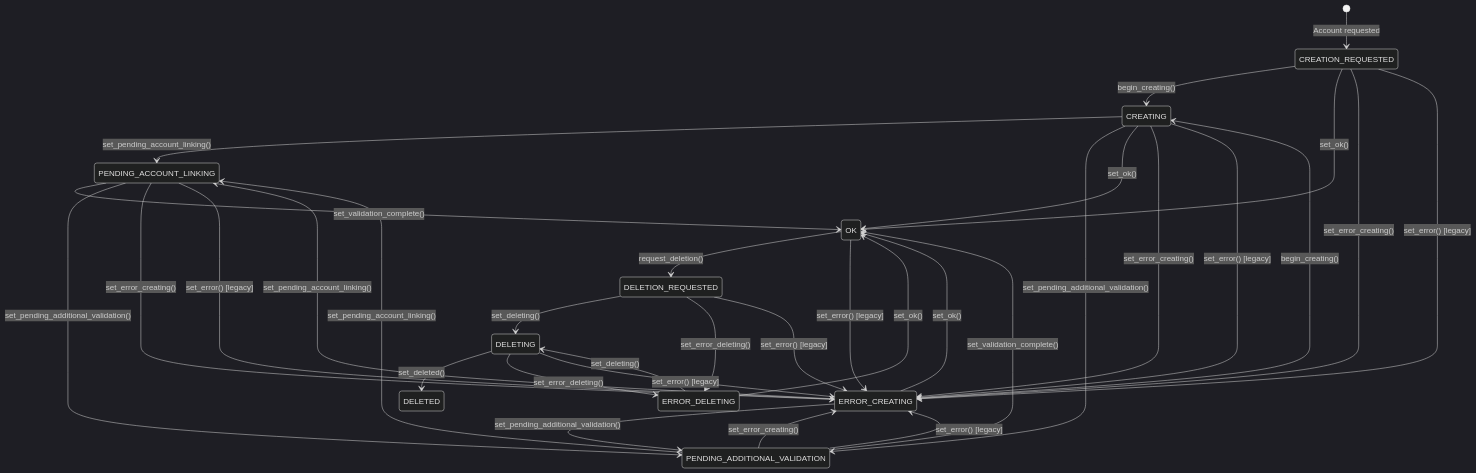
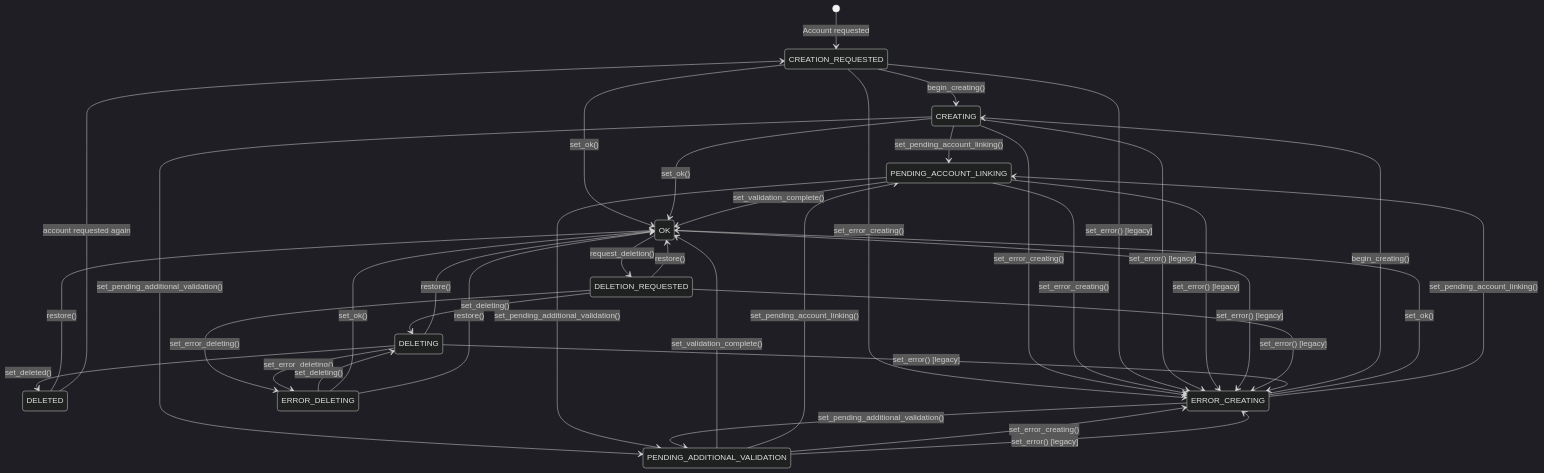
Before and after one commit to waldur/waldur-docs: the first of 2 diagrams in docs/developer-guide/core-concepts/offering-users.md, drawn with Mermaid (dark theme). The commit also changed other lines of this file and 38 other files, not shown here.

````diff
--- a/docs/developer-guide/core-concepts/offering-users.md
+++ b/docs/developer-guide/core-concepts/offering-users.md
@@ -40,50 +42,59 @@
 ```mermaid
 stateDiagram-v2
     [*] --> CREATION_REQUESTED : Account requested
 
     CREATION_REQUESTED --> CREATING : begin_creating()
     CREATION_REQUESTED --> OK : set_ok()
 
     CREATING --> PENDING_ACCOUNT_LINKING : set_pending_account_linking()
     CREATING --> PENDING_ADDITIONAL_VALIDATION : set_pending_additional_validation()
     CREATING --> OK : set_ok()
 
     PENDING_ACCOUNT_LINKING --> OK : set_validation_complete()
     PENDING_ACCOUNT_LINKING --> PENDING_ADDITIONAL_VALIDATION : set_pending_additional_validation()
 
     PENDING_ADDITIONAL_VALIDATION --> OK : set_validation_complete()
     PENDING_ADDITIONAL_VALIDATION --> PENDING_ACCOUNT_LINKING : set_pending_account_linking()
 
     OK --> DELETION_REQUESTED : request_deletion()
 
     DELETION_REQUESTED --> DELETING : set_deleting()
     DELETING --> DELETED : set_deleted()
 
     %% Error state transitions during creation flow
     CREATION_REQUESTED --> ERROR_CREATING : set_error_creating()
     CREATING --> ERROR_CREATING : set_error_creating()
     PENDING_ACCOUNT_LINKING --> ERROR_CREATING : set_error_creating()
     PENDING_ADDITIONAL_VALIDATION --> ERROR_CREATING : set_error_creating()
 
     %% Error state transitions during deletion flow
     DELETION_REQUESTED --> ERROR_DELETING : set_error_deleting()
     DELETING --> ERROR_DELETING : set_error_deleting()
 
     %% Recovery from error states
     ERROR_CREATING --> CREATING : begin_creating()
     ERROR_CREATING --> OK : set_ok()
     ERROR_CREATING --> PENDING_ACCOUNT_LINKING : set_pending_account_linking()
     ERROR_CREATING --> PENDING_ADDITIONAL_VALIDATION : set_pending_additional_validation()
 
     ERROR_DELETING --> DELETING : set_deleting()
     ERROR_DELETING --> OK : set_ok()
 
+    %% Return of a departed member (Waldur-named username policies)
+    DELETION_REQUESTED --> OK : restore()
+    DELETING --> OK : restore()
+    ERROR_DELETING --> OK : restore()
+    DELETED --> OK : restore()
+
+    %% Return of a departed member (service_provider username policy)
+    DELETED --> CREATION_REQUESTED : account requested again
+
     %% Legacy error transitions (backward compatibility)
     CREATION_REQUESTED --> ERROR_CREATING : set_error() [legacy]
     CREATING --> ERROR_CREATING : set_error() [legacy]
     PENDING_ACCOUNT_LINKING --> ERROR_CREATING : set_error() [legacy]
     PENDING_ADDITIONAL_VALIDATION --> ERROR_CREATING : set_error() [legacy]
     OK --> ERROR_CREATING : set_error() [legacy]
     DELETION_REQUESTED --> ERROR_CREATING : set_error() [legacy]
     DELETING --> ERROR_CREATING : set_error() [legacy]
 ```
````
